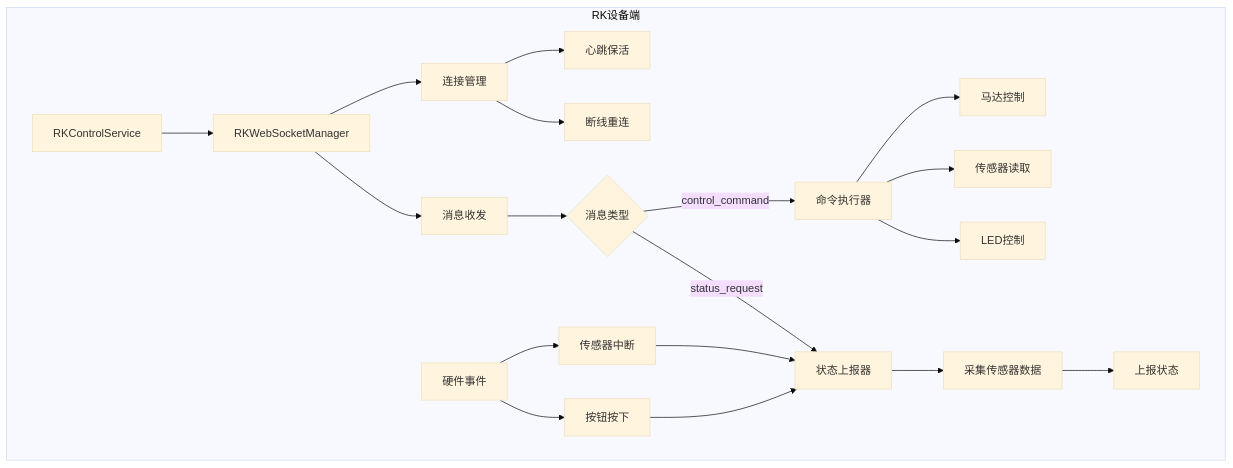
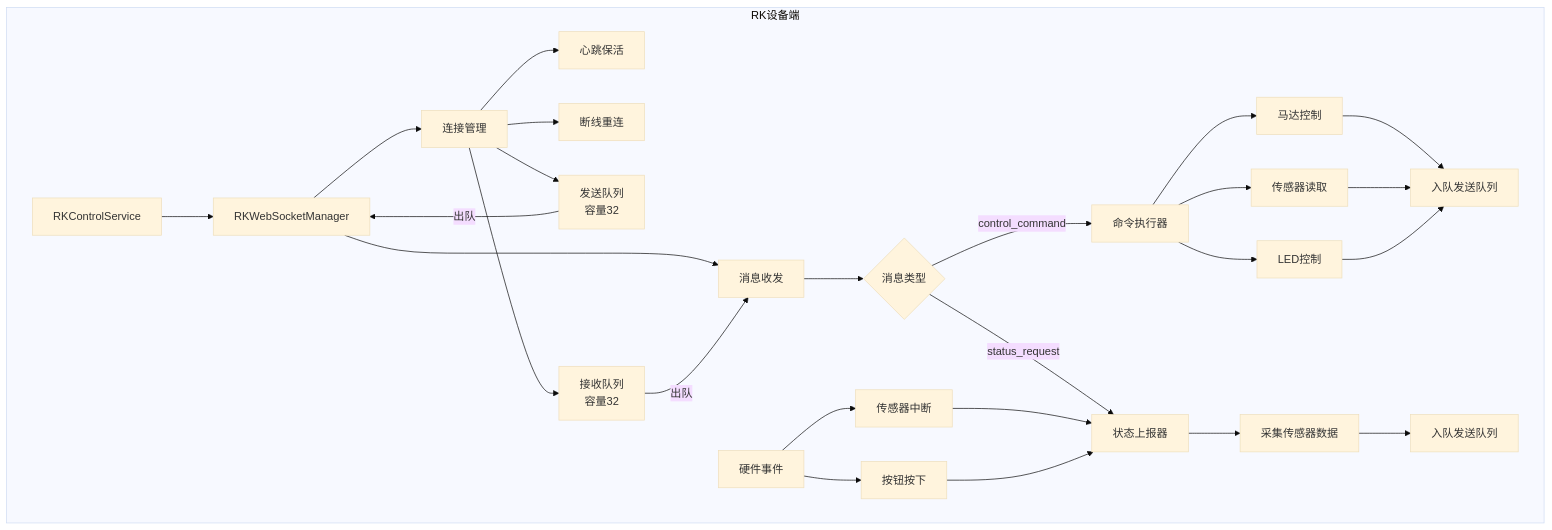
The fifth of 6 diagrams in cursor/WS重构.md (nangong918/magic-vector), drawn with Mermaid (base theme) before and after one commit. The commit also changed other lines of this file, not shown here.

````diff
--- a/cursor/WS重构.md
+++ b/cursor/WS重构.md
@@ -111,29 +133,38 @@
 ```mermaid
 flowchart TD
     subgraph RK设备端
         A[RKControlService] --> B[RKWebSocketManager]
-        
+
         B --> C[连接管理]
         C --> D[心跳保活]
         C --> E[断线重连]
-        
-        B --> F[消息收发]
-        
-        F --> G{消息类型}
-        
-        G -->|control_command| H[命令执行器]
-        G -->|status_request| I[状态上报器]
-        
-        H --> J[马达控制]
-        H --> K[传感器读取]
-        H --> L[LED控制]
-        
-        I --> M[采集传感器数据]
-        M --> N[上报状态]
-        
-        O[硬件事件] --> P[传感器中断]
-        P --> I
-        O --> Q[按钮按下]
-        Q --> I
+        C --> F[发送队列<br/>容量32]
+        C --> G[接收队列<br/>容量32]
+
+        B --> H[消息收发]
+
+        H --> I{消息类型}
+
+        I -->|control_command| J[命令执行器]
+        I -->|status_request| K[状态上报器]
+
+        J --> L[马达控制]
+        J --> M[传感器读取]
+        J --> N[LED控制]
+
+        L --> O[入队发送队列]
+        M --> O
+        N --> O
+
+        K --> P[采集传感器数据]
+        P --> Q[入队发送队列]
+
+        R[硬件事件] --> S[传感器中断]
+        S --> K
+        R --> T[按钮按下]
+        T --> K
+
+        F -->|出队| B
+        G -->|出队| H
     end
 ```
````
